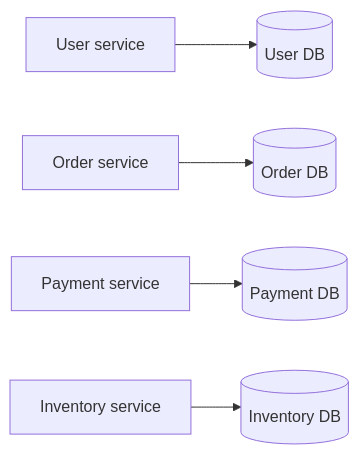
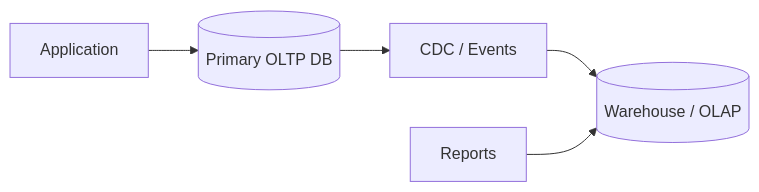
Before and after one commit to AvadhBhalodiya/Interview-Preparation: the sixth of 8 diagrams in src/content/system-design/db-scaling.md, drawn with Mermaid. The commit also changed other lines of this file and 54 other files, not shown here.

````diff
--- a/src/content/system-design/db-scaling.md
+++ b/src/content/system-design/db-scaling.md
@@ -804,7 +583,7 @@
 ```mermaid
 flowchart LR
-    U[User service] --> UDB[(User DB)]
-    O[Order service] --> ODB[(Order DB)]
-    P[Payment service] --> PDB[(Payment DB)]
-    I[Inventory service] --> IDB[(Inventory DB)]
+    App[Application] --> OLTP[(Primary OLTP DB)]
+    OLTP --> CDC[CDC / Events]
+    CDC --> WH[(Warehouse / OLAP)]
+    BI[Reports] --> WH
 ```
````
